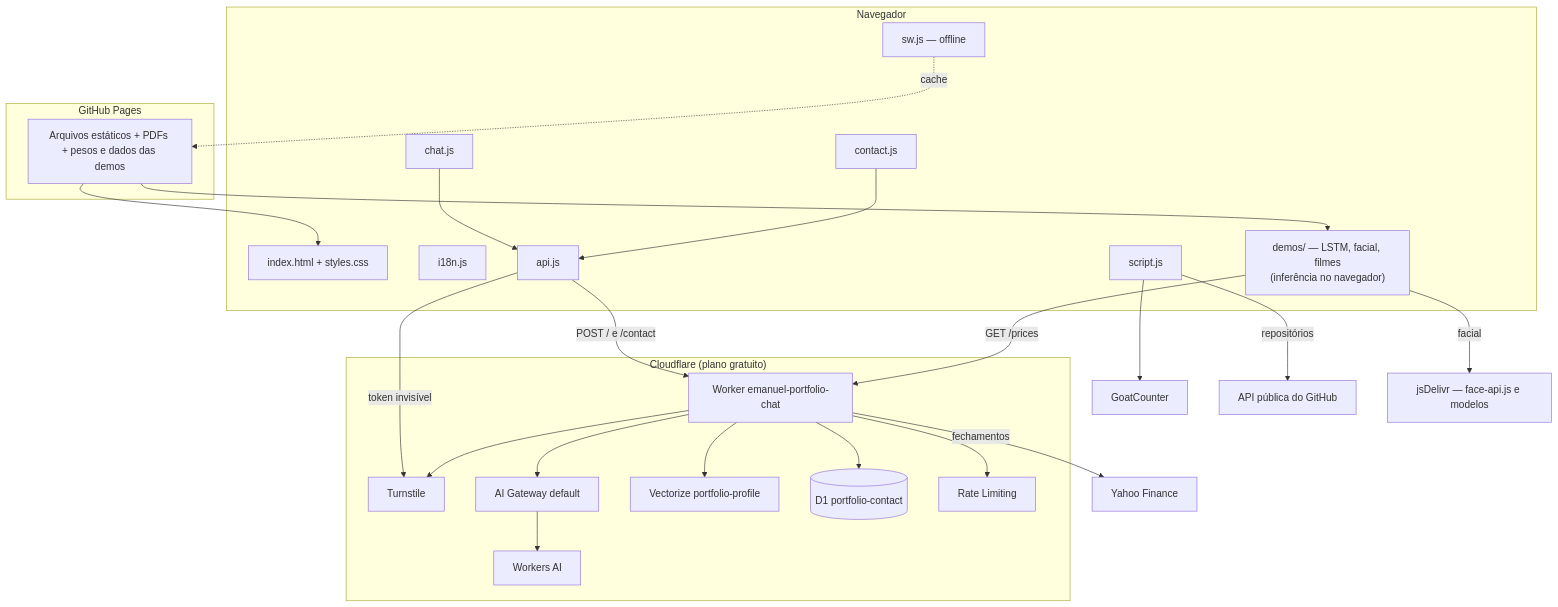
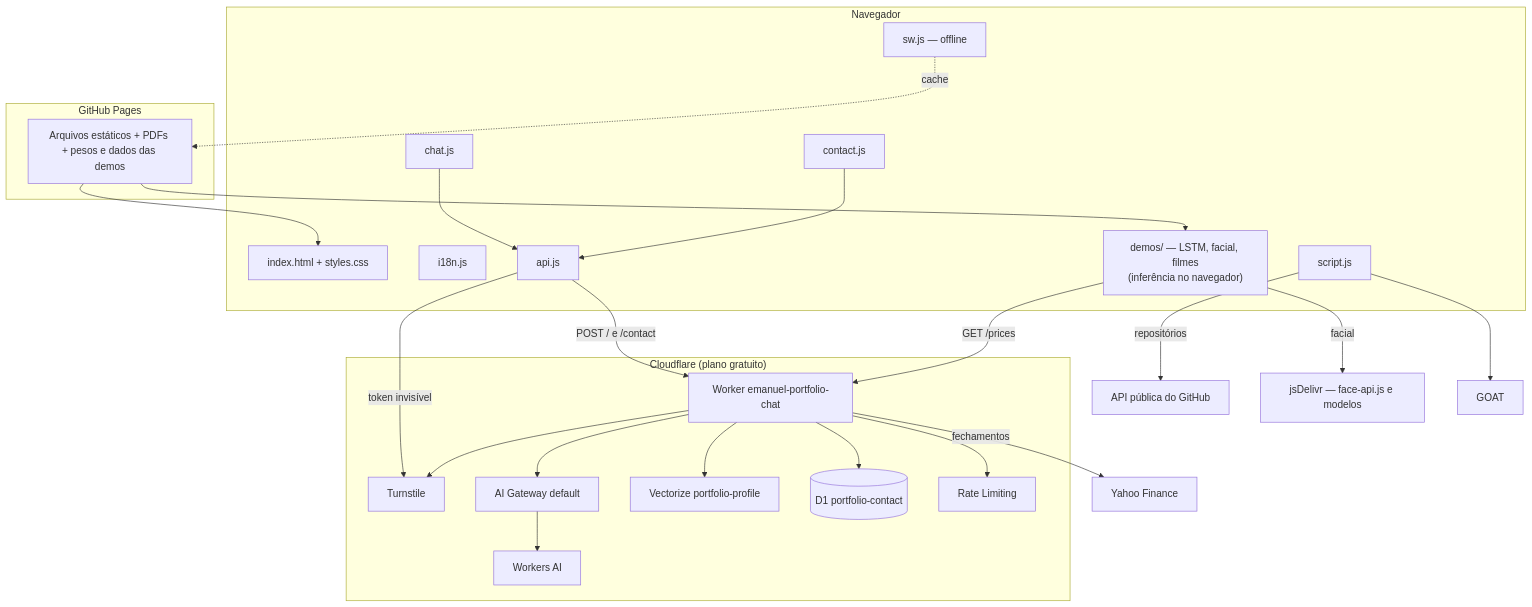
Before and after one commit to emanueleborges/emanueleborges.github.io: the diagram in docs/sdd/plan.md, drawn with Mermaid. The commit also changed other lines of this file and 41 other files, not shown here.

````diff
--- a/docs/sdd/plan.md
+++ b/docs/sdd/plan.md
@@ -11,47 +11,46 @@
 ```mermaid
 flowchart TB
   subgraph Navegador
     HTML[index.html + styles.css]
     I18N[i18n.js]
     SCRIPT[script.js]
     API[api.js]
     CHAT[chat.js]
     CONTACT[contact.js]
     SW[sw.js — offline]
     DEMOS["demos/ — LSTM, facial, filmes<br/>(inferência no navegador)"]
   end
   subgraph "GitHub Pages"
     STATIC[Arquivos estáticos + PDFs + pesos e dados das demos]
   end
   subgraph "Cloudflare (plano gratuito)"
     WORKER[Worker emanuel-portfolio-chat]
     TURN[Turnstile]
     GATE[AI Gateway default]
     WAI[Workers AI]
     VEC[Vectorize portfolio-profile]
     DB[(D1 portfolio-contact)]
     RL[Rate Limiting]
   end
-  GOAT[GoatCounter]
   GH[API pública do GitHub]
   YF[Yahoo Finance]
   CDN[jsDelivr — face-api.js e modelos]
 
   STATIC --> HTML
   STATIC --> DEMOS
   SW -. cache .-> STATIC
   CHAT --> API
   CONTACT --> API
   API -->|POST / e /contact| WORKER
   API -->|token invisível| TURN
   WORKER --> TURN
   WORKER --> RL
   WORKER --> GATE --> WAI
   WORKER --> VEC
   WORKER --> DB
   SCRIPT --> GOAT
   SCRIPT -->|repositórios| GH
   DEMOS -->|GET /prices| WORKER
   WORKER -->|fechamentos| YF
   DEMOS -->|facial| CDN
 ```
````
